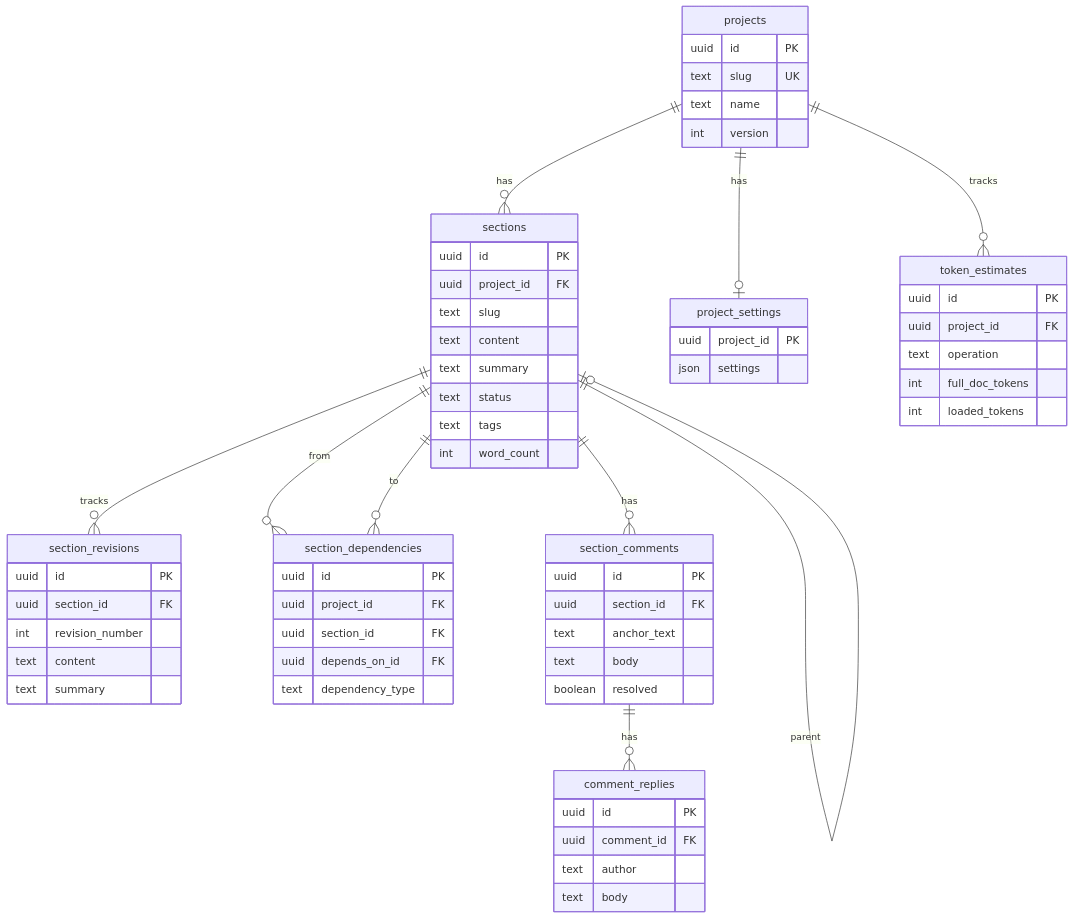
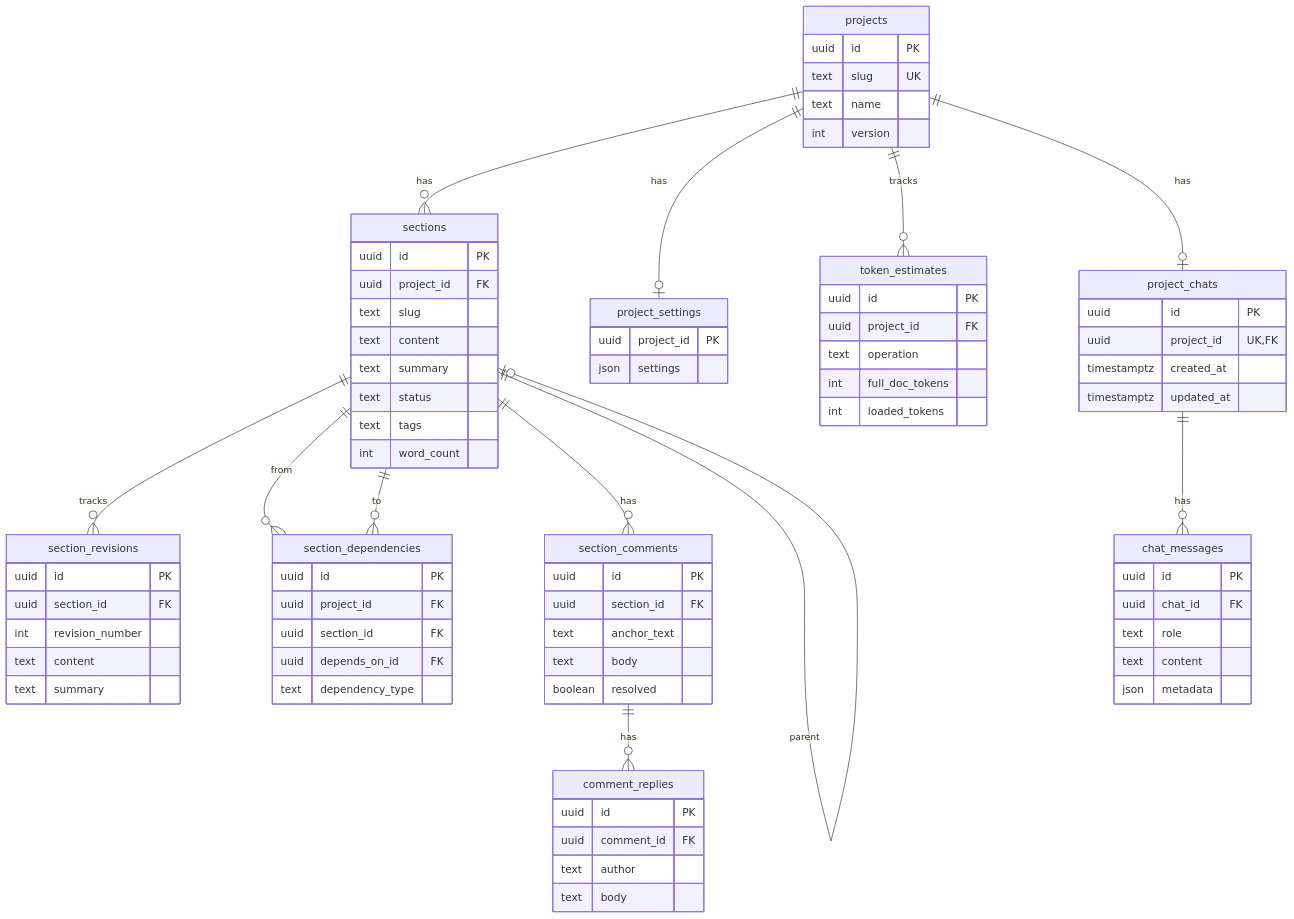
The first of 2 diagrams in docs/data-model.md (TomMaSS/PRDforge), drawn with Mermaid before and after one commit. The commit also changed 17 other files, not shown here.

Commit message:
feat: finalize chat integration and project data backfill

````diff
--- a/docs/data-model.md
+++ b/docs/data-model.md
@@ -5,67 +5,82 @@
 ```mermaid
 erDiagram
     projects ||--o{ sections : has
     sections ||--o{ section_revisions : tracks
     sections ||--o{ section_dependencies : "from"
     sections ||--o{ section_dependencies : "to"
     sections ||--o{ section_comments : has
     section_comments ||--o{ comment_replies : has
     projects ||--o| project_settings : has
     projects ||--o{ token_estimates : tracks
+    projects ||--o| project_chats : has
+    project_chats ||--o{ chat_messages : has
     sections ||--o| sections : parent
 
     projects {
         uuid id PK
         text slug UK
         text name
         int version
     }
     sections {
         uuid id PK
         uuid project_id FK
         text slug
         text content
         text summary
         text status
         text tags
         int word_count
     }
     section_revisions {
         uuid id PK
         uuid section_id FK
         int revision_number
         text content
         text summary
     }
     section_dependencies {
         uuid id PK
         uuid project_id FK
         uuid section_id FK
         uuid depends_on_id FK
         text dependency_type
     }
     section_comments {
         uuid id PK
         uuid section_id FK
         text anchor_text
         text body
         boolean resolved
     }
     comment_replies {
         uuid id PK
         uuid comment_id FK
         text author
         text body
     }
     project_settings {
         uuid project_id PK
         json settings
     }
     token_estimates {
         uuid id PK
         uuid project_id FK
         text operation
         int full_doc_tokens
         int loaded_tokens
     }
+    project_chats {
+        uuid id PK
+        uuid project_id UK, FK
+        timestamptz created_at
+        timestamptz updated_at
+    }
+    chat_messages {
+        uuid id PK
+        uuid chat_id FK
+        text role
+        text content
+        json metadata
+    }
 ```
````
